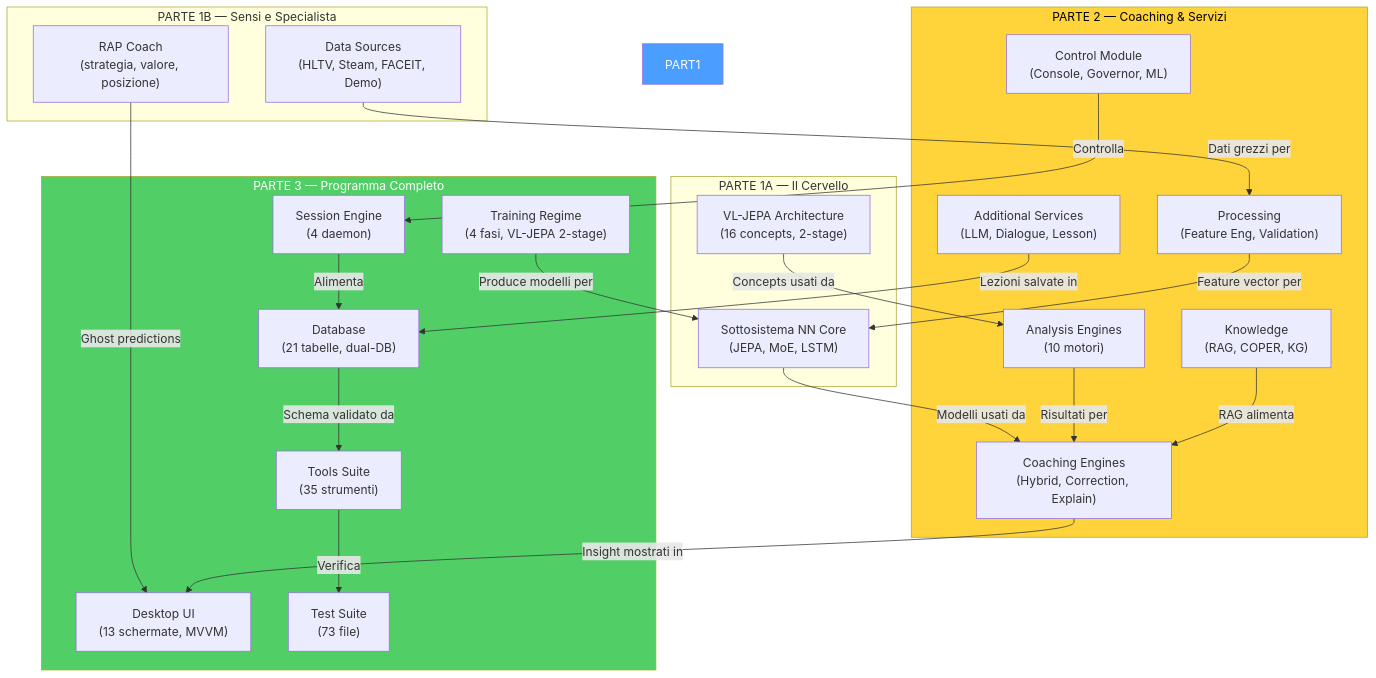
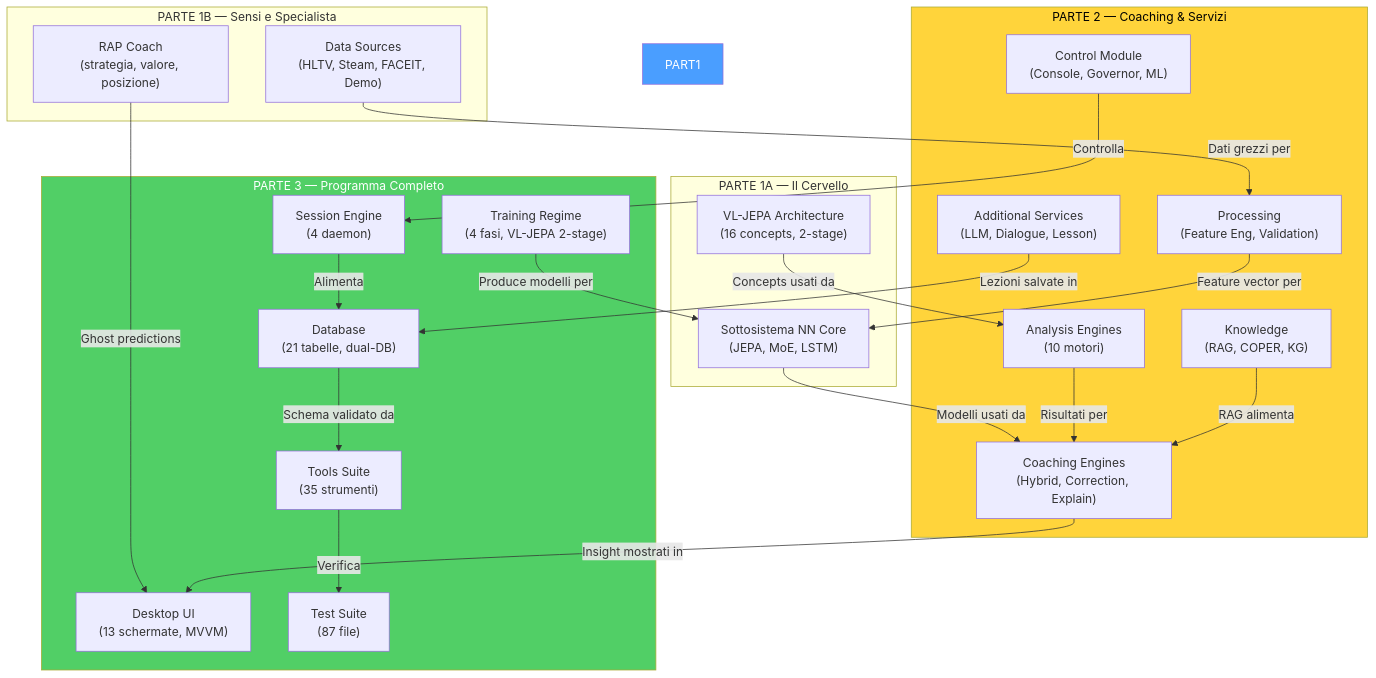
Before and after one commit to renanaugustomacena-ux/Counter-Strike-coach-AI: diagram 55 of 55 in docs/Book-Coach-3.md, drawn with Mermaid. The commit also changed other lines of this file and 115 other files, not shown here.

````diff
--- a/docs/Book-Coach-3.md
+++ b/docs/Book-Coach-3.md
@@ -3052,46 +3052,46 @@
 ```mermaid
 flowchart TB
     subgraph PART1A["PARTE 1A — Il Cervello"]
         P1_NN["Sottosistema NN Core<br/>(JEPA, MoE, LSTM)"]
         P1_VL["VL-JEPA Architecture<br/>(16 concepts, 2-stage)"]
     end
     subgraph PART1B["PARTE 1B — Sensi e Specialista"]
         P1_RAP["RAP Coach<br/>(strategia, valore, posizione)"]
         P1_DS["Data Sources<br/>(HLTV, Steam, FACEIT, Demo)"]
     end
     subgraph PART2["PARTE 2 — Coaching & Servizi"]
         P2_CE["Coaching Engines<br/>(Hybrid, Correction, Explain)"]
         P2_SV["Additional Services<br/>(LLM, Dialogue, Lesson)"]
         P2_AN["Analysis Engines<br/>(10 motori)"]
         P2_KN["Knowledge<br/>(RAG, COPER, KG)"]
         P2_PR["Processing<br/>(Feature Eng, Validation)"]
         P2_CT["Control Module<br/>(Console, Governor, ML)"]
     end
     subgraph PART3["PARTE 3 — Programma Completo"]
         P3_DB["Database<br/>(21 tabelle, dual-DB)"]
         P3_TR["Training Regime<br/>(4 fasi, VL-JEPA 2-stage)"]
         P3_UI["Desktop UI<br/>(13 schermate, MVVM)"]
         P3_SE["Session Engine<br/>(4 daemon)"]
         P3_TL["Tools Suite<br/>(35 strumenti)"]
-        P3_TS["Test Suite<br/>(73 file)"]
+        P3_TS["Test Suite<br/>(87 file)"]
     end
 
     P1_NN -->|"Modelli usati da"| P2_CE
     P1_VL -->|"Concepts usati da"| P2_AN
     P1_RAP -->|"Ghost predictions"| P3_UI
     P1_DS -->|"Dati grezzi per"| P2_PR
     P2_CE -->|"Insight mostrati in"| P3_UI
     P2_SV -->|"Lezioni salvate in"| P3_DB
     P2_AN -->|"Risultati per"| P2_CE
     P2_KN -->|"RAG alimenta"| P2_CE
     P2_PR -->|"Feature vector per"| P1_NN
     P2_CT -->|"Controlla"| P3_SE
     P3_DB -->|"Schema validato da"| P3_TL
     P3_TR -->|"Produce modelli per"| P1_NN
     P3_SE -->|"Alimenta"| P3_DB
     P3_TL -->|"Verifica"| P3_TS
 
     style PART1 fill:#4a9eff,color:#fff
     style PART2 fill:#ffd43b,color:#000
     style PART3 fill:#51cf66,color:#fff
 ```
````
